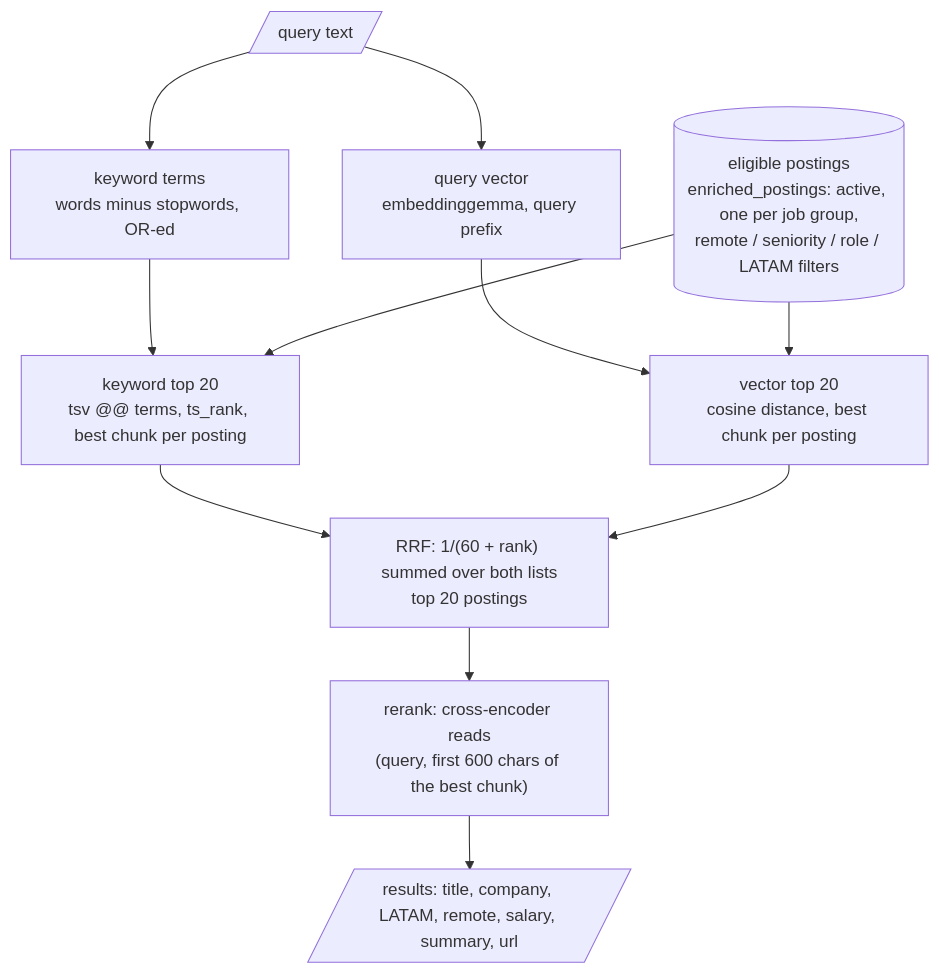
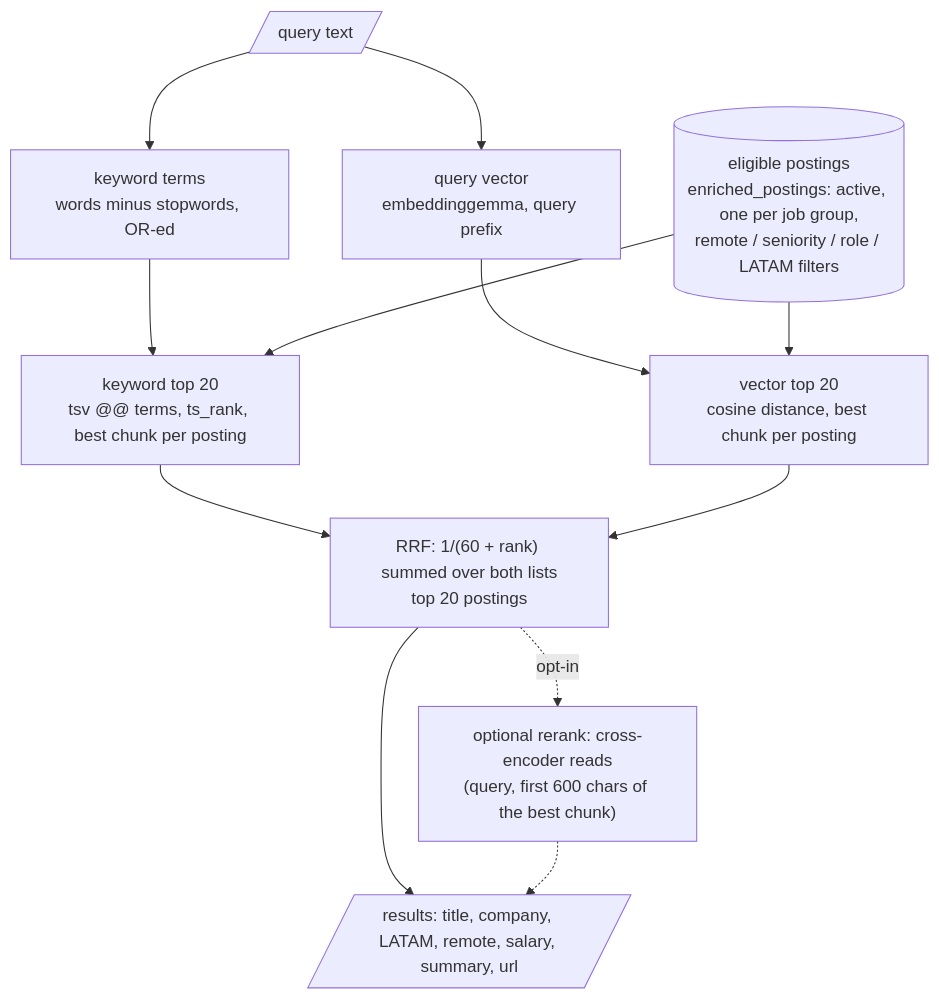
Before and after one commit to nachhh/jobradar: the fourth of 4 diagrams in docs/diagrams/data-flow.md, drawn with Mermaid. The commit also changed other lines of this file and 10 other files, not shown here.

````diff
--- a/docs/diagrams/data-flow.md
+++ b/docs/diagrams/data-flow.md
@@ -119,23 +119,24 @@
 ```mermaid
 flowchart TB
     Q[/"query text"/]
     TERMS["keyword terms<br/>words minus stopwords, OR-ed"]
     VEC["query vector<br/>embeddinggemma, query prefix"]
     ELIG[("eligible postings<br/>enriched_postings: active, one per job group,<br/>remote / seniority / role / LATAM filters")]
     KW["keyword top 20<br/>tsv @@ terms, ts_rank, best chunk per posting"]
     VS["vector top 20<br/>cosine distance, best chunk per posting"]
     RRF["RRF: 1/(60 + rank) summed over both lists<br/>top 20 postings"]
-    RR["rerank: cross-encoder reads<br/>(query, first 600 chars of the best chunk)"]
+    RR["optional rerank: cross-encoder reads<br/>(query, first 600 chars of the best chunk)"]
     OUT[/"results: title, company, LATAM, remote, salary, summary, url"/]
 
     Q --> TERMS
     Q --> VEC
     TERMS --> KW
     VEC --> VS
     ELIG --> KW
     ELIG --> VS
     KW --> RRF
     VS --> RRF
-    RRF --> RR
-    RR --> OUT
+    RRF --> OUT
+    RRF -. "opt-in" .-> RR
+    RR -.-> OUT
 ```
````
